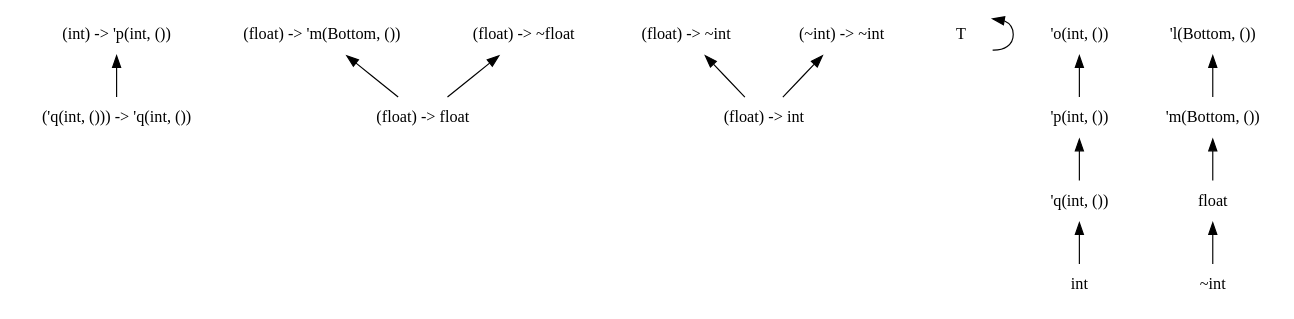
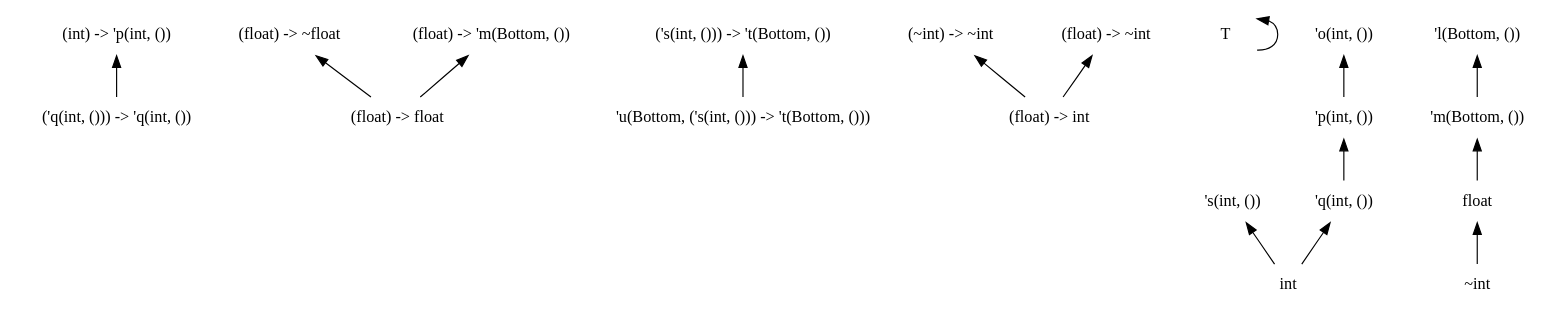
Before and after one commit to chocobo333/regino: the diagram in dots/7.dot, drawn with Graphviz. The commit also changed 38 other files, not shown here.

```diff
--- a/dots/7.dot
+++ b/dots/7.dot
@@ -1,40 +1,45 @@
 digraph order {
   graph [
     size = "30,10"
     ];
   node [
     shape = none
     ];
   edge [
     dir = back
     ];
   "('q(int, ())) -> 'q(int, ())"
+  "(float) -> ~float"
   "(float) -> 'm(Bottom, ())"
+  "('s(int, ())) -> 't(Bottom, ())"
   "(int) -> 'p(int, ())"
+  "(~int) -> ~int"
   "(float) -> ~int"
-  "(~int) -> ~int"
-  "(float) -> ~float"
   "T"
+  "'u(Bottom, ('s(int, ())) -> 't(Bottom, ()))"
   "'p(int, ())"
   "'q(int, ())"
   "'m(Bottom, ())"
+  "'s(int, ())"
   "'o(int, ())"
   "'l(Bottom, ())"
   "float"
   "int"
   "~int"
   "(float) -> int"
   "(float) -> float"
   "(~int) -> ~int" -> "(float) -> int"
+  "(float) -> ~int" -> "(float) -> int"
   "(float) -> ~float" -> "(float) -> float"
   "(float) -> 'm(Bottom, ())" -> "(float) -> float"
   "T" -> "T"
   "float" -> "~int"
+  "'s(int, ())" -> "int"
   "'o(int, ())" -> "'p(int, ())"
   "'q(int, ())" -> "int"
   "'p(int, ())" -> "'q(int, ())"
   "'l(Bottom, ())" -> "'m(Bottom, ())"
   "'m(Bottom, ())" -> "float"
+  "('s(int, ())) -> 't(Bottom, ())" -> "'u(Bottom, ('s(int, ())) -> 't(Bottom, ()))"
   "(int) -> 'p(int, ())" -> "('q(int, ())) -> 'q(int, ())"
-  "(float) -> ~int" -> "(float) -> int"
 }
```
